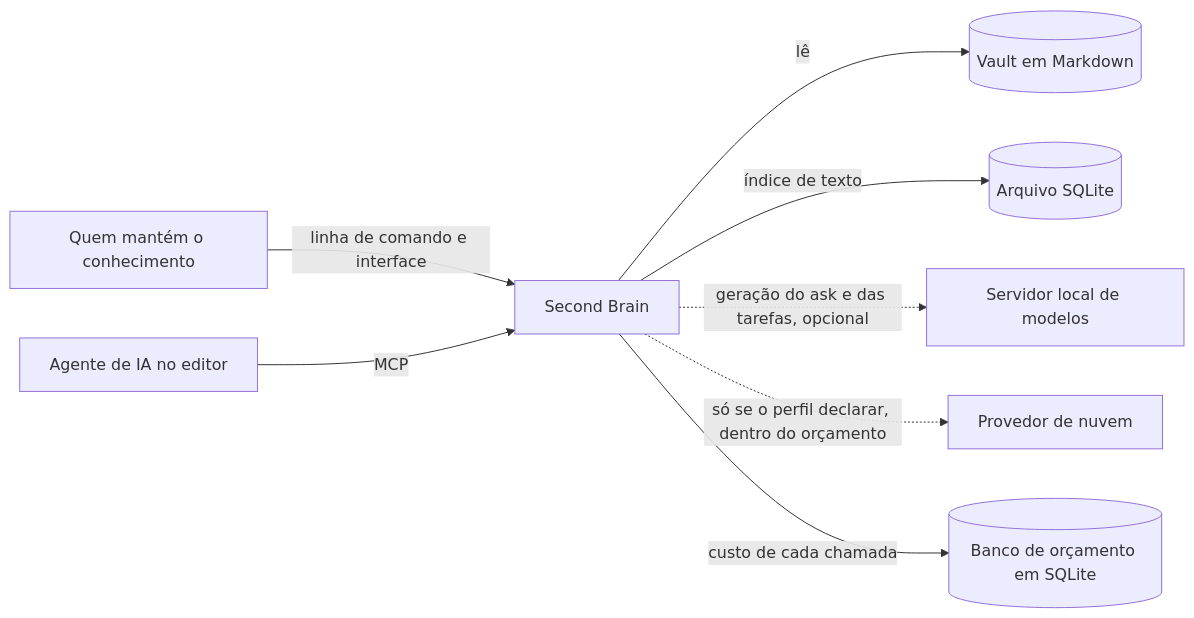
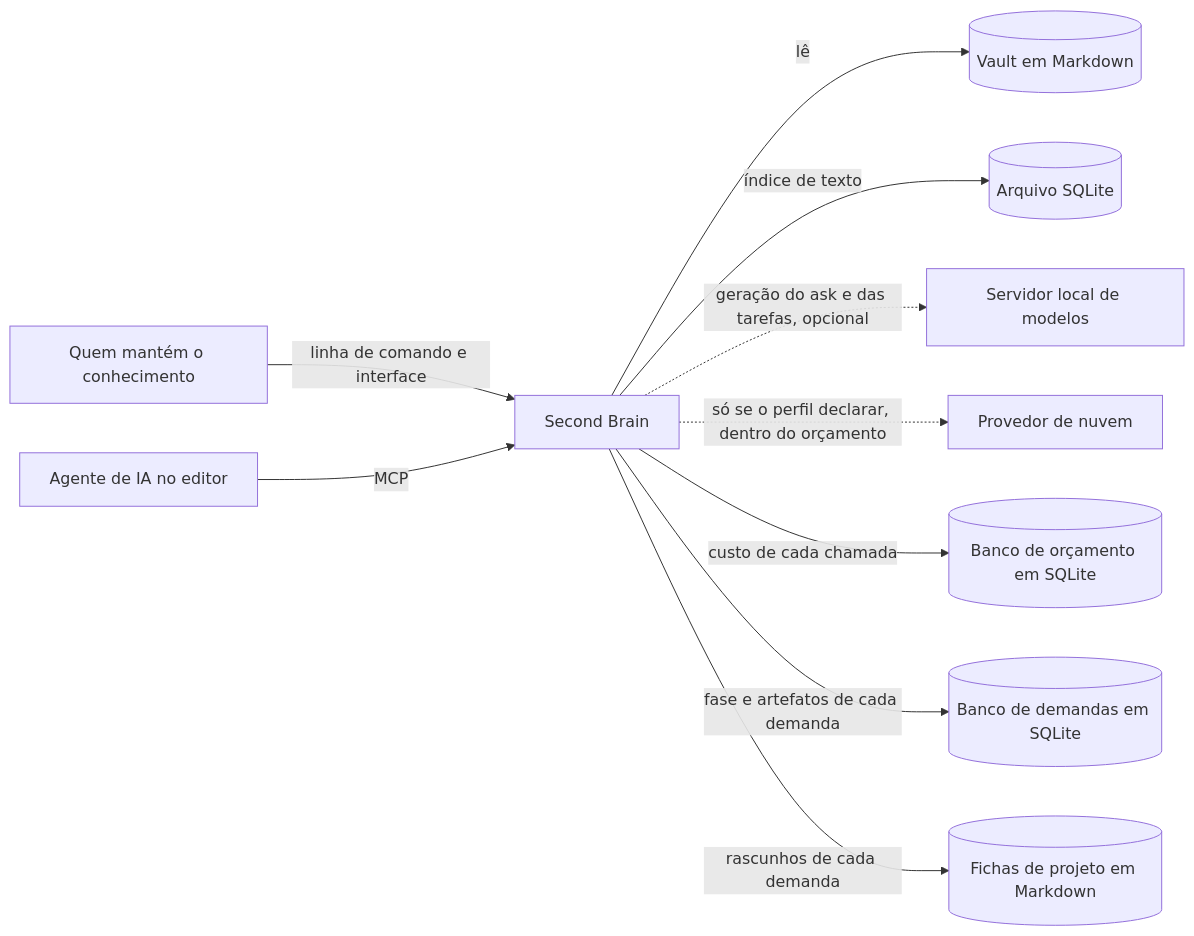
The first of 2 diagrams in fichas/second-brain-open/03-arquitetura.md (HuggsF/second-brain-open), drawn with Mermaid before and after one commit. The commit also changed other lines of this file and 9 other files, not shown here.

````diff
--- a/fichas/second-brain-open/03-arquitetura.md
+++ b/fichas/second-brain-open/03-arquitetura.md
@@ -10,10 +10,12 @@
 ```mermaid
 flowchart LR
     pessoa[Quem mantém o conhecimento] -->|linha de comando e interface| motor[Second Brain]
     agente[Agente de IA no editor] -->|MCP| motor
     motor -->|lê| vault[(Vault em Markdown)]
     motor -->|índice de texto| indice[(Arquivo SQLite)]
     motor -.->|geração do ask e das tarefas, opcional| modelos[Servidor local de modelos]
     motor -.->|só se o perfil declarar, dentro do orçamento| nuvem[Provedor de nuvem]
     motor -->|custo de cada chamada| gasto[(Banco de orçamento em SQLite)]
+    motor -->|fase e artefatos de cada demanda| demandas[(Banco de demandas em SQLite)]
+    motor -->|rascunhos de cada demanda| fichas[(Fichas de projeto em Markdown)]
 ```
````
